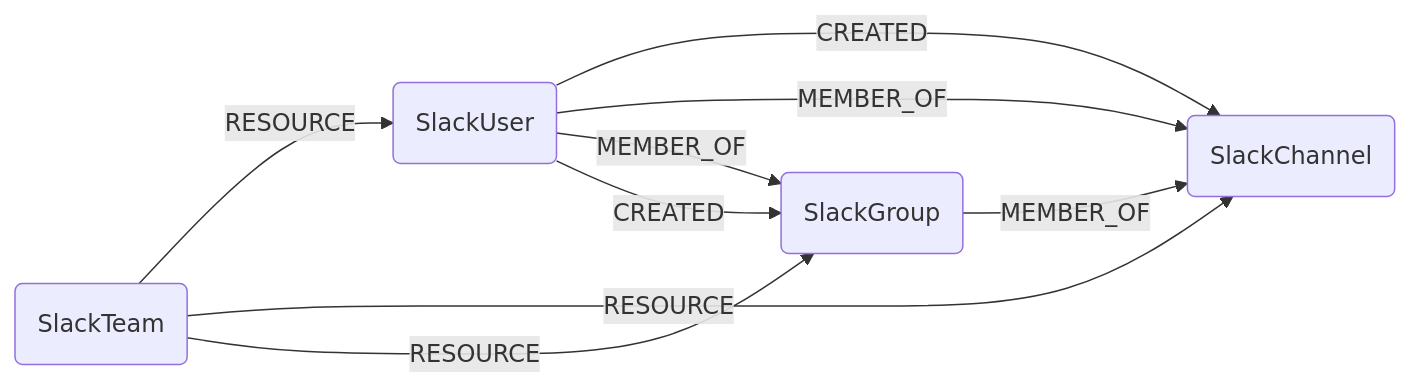
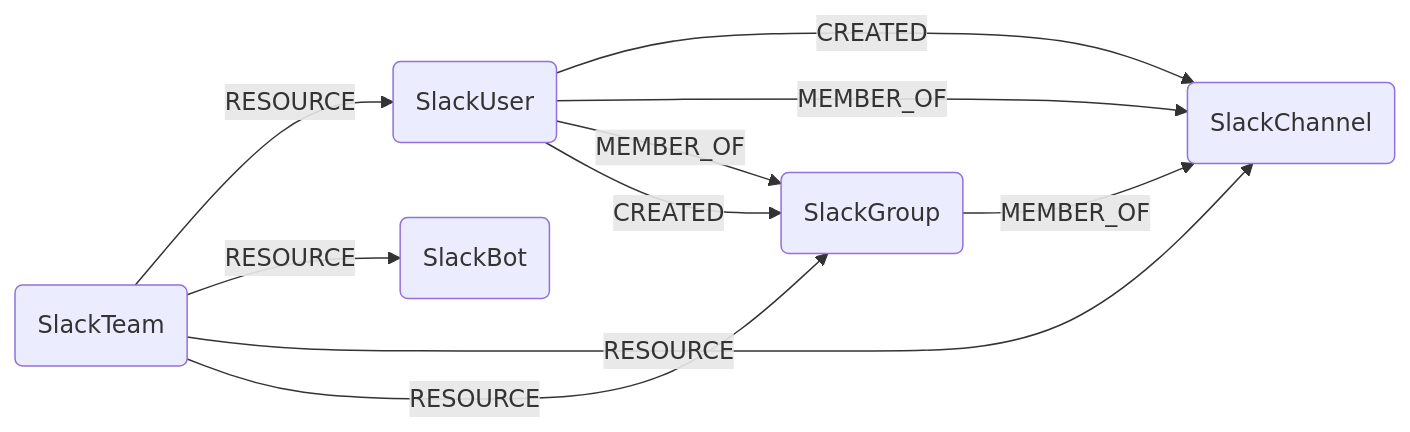
Before and after one commit to cartography-cncf/cartography: the diagram in docs/root/modules/slack/schema.md, drawn with Mermaid. The commit also changed other lines of this file, not shown here.

Commit message:
docs(slack): add SlackBot to schema documentation

````diff
--- a/docs/root/modules/slack/schema.md
+++ b/docs/root/modules/slack/schema.md
@@ -3,11 +3,12 @@
 ```mermaid
 graph LR
 ST(SlackTeam) -- RESOURCE --> SU(SlackUser)
+ST -- RESOURCE --> SB(SlackBot)
 ST -- RESOURCE --> SC(SlackChannel)
 ST -- RESOURCE --> SG(SlackGroup)
 SU -- CREATED --> SC
 SU -- MEMBER_OF --> SC
 SU -- MEMBER_OF --> SG
 SU -- CREATED --> SG
 SG -- MEMBER_OF --> SC
 ```
````
